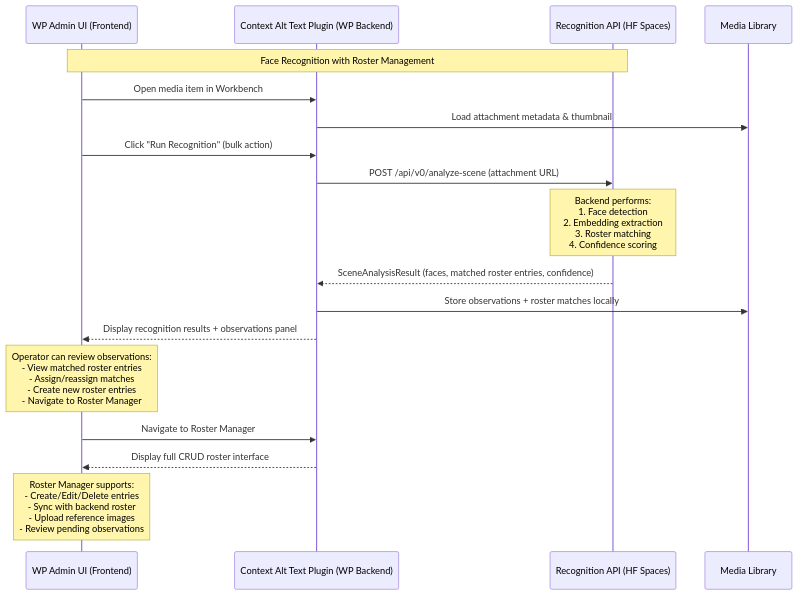
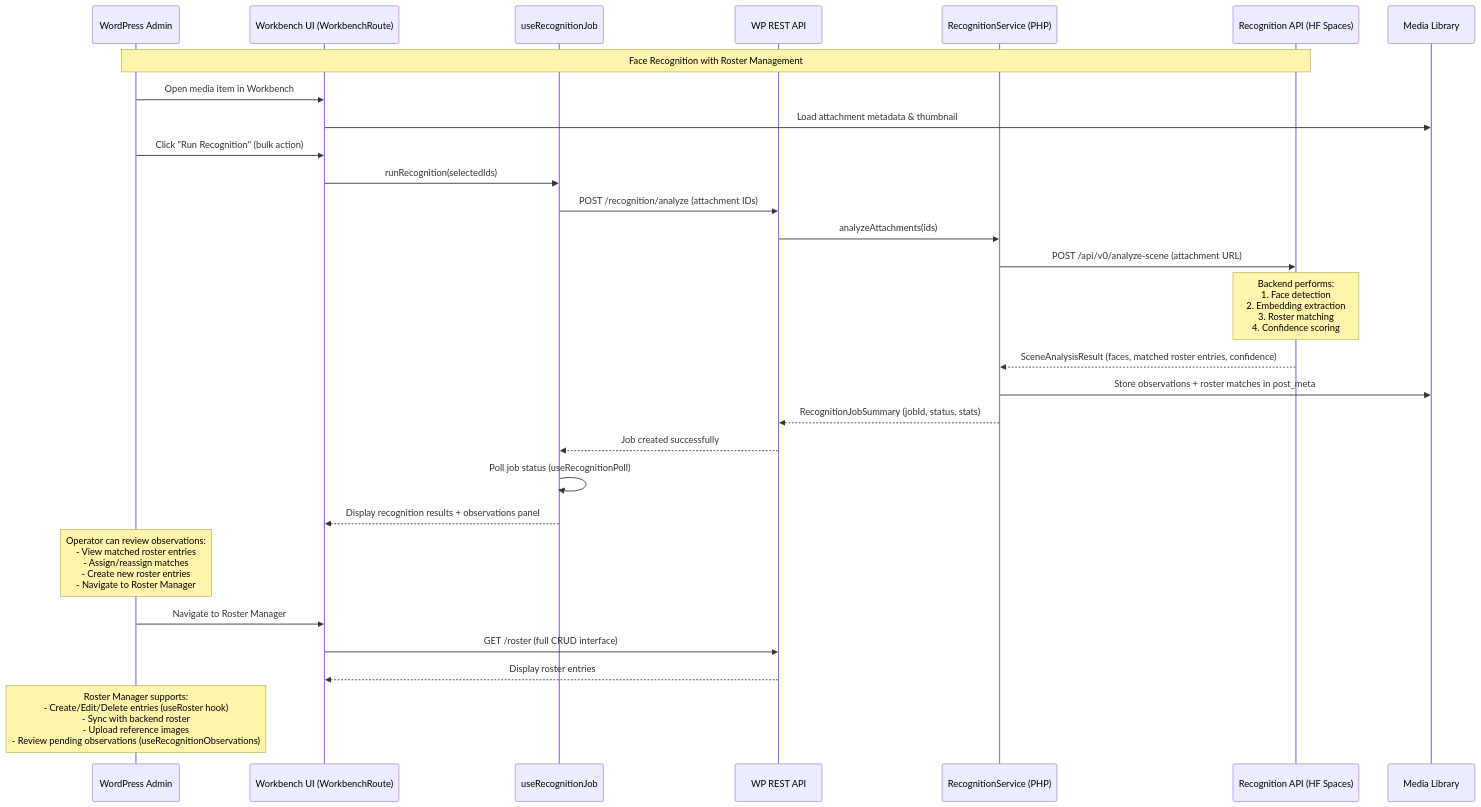
One commit to darce/context-alt-text-monorepo changed the diagram in docs/architecture/frontend-uml/sequence-face-tagging-remote.mmd. Above: the diagram before and after it, drawn with Mermaid. The commit also changed 16 other files, not shown here.

First line of the commit message:
refactor(dashboard): remove premature CSV export + update UML diagrams

```diff
--- a/docs/architecture/frontend-uml/sequence-face-tagging-remote.mmd
+++ b/docs/architecture/frontend-uml/sequence-face-tagging-remote.mmd
@@ -1,19 +1,29 @@
 sequenceDiagram
-    participant Admin as WP Admin UI (Frontend)
-    participant Plugin as Context Alt Text Plugin (WP Backend)
+    participant Admin as WordPress Admin
+    participant Workbench as Workbench UI (WorkbenchRoute)
+    participant Hook as useRecognitionJob
+    participant API as WP REST API
+    participant Service as RecognitionService (PHP)
     participant Backend as Recognition API (HF Spaces)
     participant Storage as Media Library
 
     Note over Admin,Backend: Face Recognition with Roster Management
-    Admin->>Plugin: Open media item in Workbench
-    Plugin->>Storage: Load attachment metadata & thumbnail
-    Admin->>Plugin: Click "Run Recognition" (bulk action)
-    Plugin->>Backend: POST /api/v0/analyze-scene (attachment URL)
+    Admin->>Workbench: Open media item in Workbench
+    Workbench->>Storage: Load attachment metadata & thumbnail
+    Admin->>Workbench: Click "Run Recognition" (bulk action)
+    Workbench->>Hook: runRecognition(selectedIds)
+    Hook->>API: POST /recognition/analyze (attachment IDs)
+    API->>Service: analyzeAttachments(ids)
+    Service->>Backend: POST /api/v0/analyze-scene (attachment URL)
     Note over Backend: Backend performs:<br/>1. Face detection<br/>2. Embedding extraction<br/>3. Roster matching<br/>4. Confidence scoring
-    Backend-->>Plugin: SceneAnalysisResult (faces, matched roster entries, confidence)
-    Plugin->>Storage: Store observations + roster matches locally
-    Plugin-->>Admin: Display recognition results + observations panel
+    Backend-->>Service: SceneAnalysisResult (faces, matched roster entries, confidence)
+    Service->>Storage: Store observations + roster matches in post_meta
+    Service-->>API: RecognitionJobSummary (jobId, status, stats)
+    API-->>Hook: Job created successfully
+    Hook->>Hook: Poll job status (useRecognitionPoll)
+    Hook-->>Workbench: Display recognition results + observations panel
     Note over Admin: Operator can review observations:<br/>- View matched roster entries<br/>- Assign/reassign matches<br/>- Create new roster entries<br/>- Navigate to Roster Manager
-    Admin->>Plugin: Navigate to Roster Manager
-    Plugin-->>Admin: Display full CRUD roster interface
-    Note over Admin: Roster Manager supports:<br/>- Create/Edit/Delete entries<br/>- Sync with backend roster<br/>- Upload reference images<br/>- Review pending observations
+    Admin->>Workbench: Navigate to Roster Manager
+    Workbench->>API: GET /roster (full CRUD interface)
+    API-->>Workbench: Display roster entries
+    Note over Admin: Roster Manager supports:<br/>- Create/Edit/Delete entries (useRoster hook)<br/>- Sync with backend roster<br/>- Upload reference images<br/>- Review pending observations (useRecognitionObservations)
```
